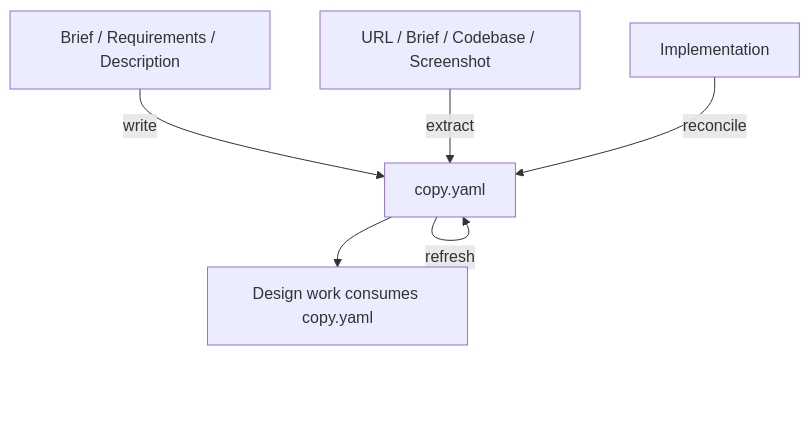
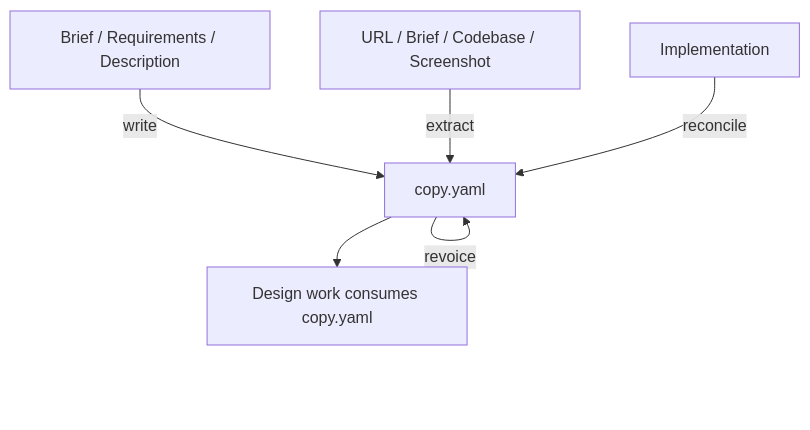
Before and after one commit to adeonir/agent-skills: the diagram in skills/product/copywriting/README.md, drawn with Mermaid. The commit also changed other lines of this file and 3 other files, not shown here.

````diff
--- a/skills/product/copywriting/README.md
+++ b/skills/product/copywriting/README.md
@@ -7,8 +7,9 @@
 ```mermaid
 flowchart TD
     Intent[Brief / Requirements / Description] -->|write| B[copy.yaml]
     A[URL / Brief / Codebase / Screenshot] -->|extract| B
     Impl[Implementation] -->|reconcile| B
     B -->|refresh| B
+    B -->|revoice| B
     B --> D[Design work consumes copy.yaml]
 ```
````
